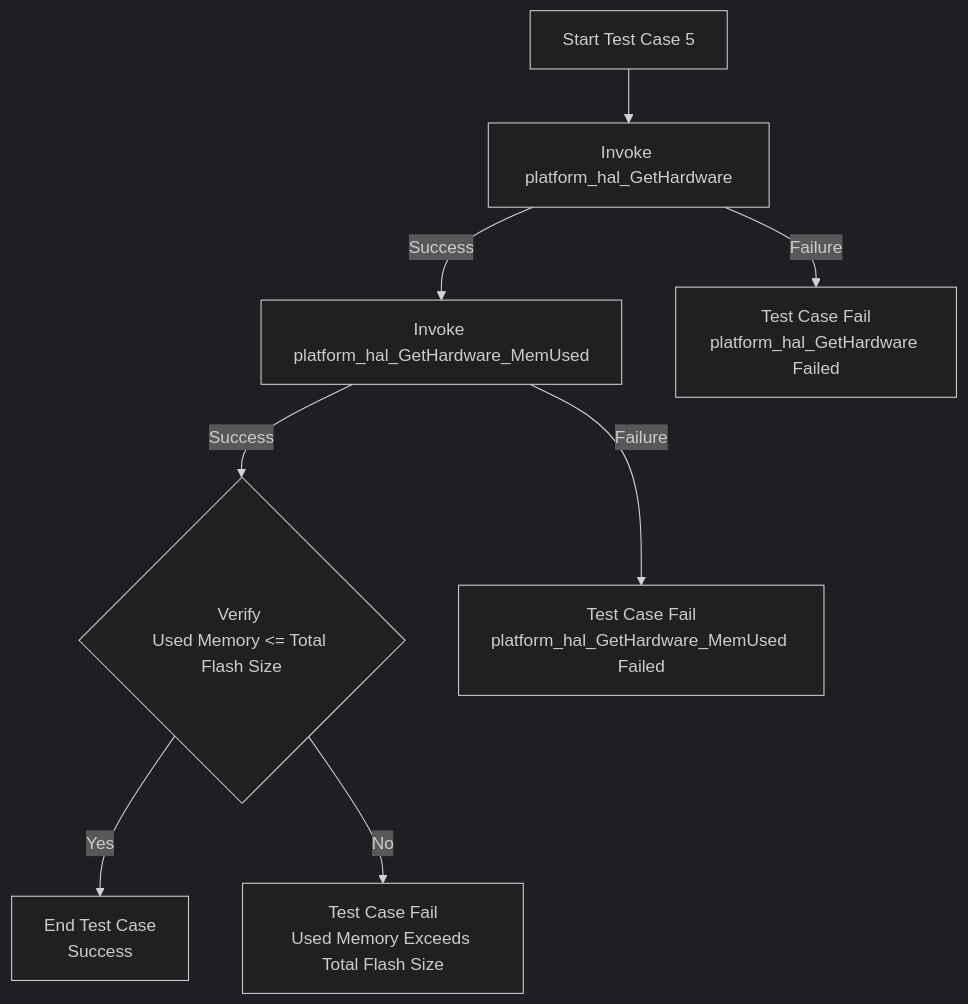
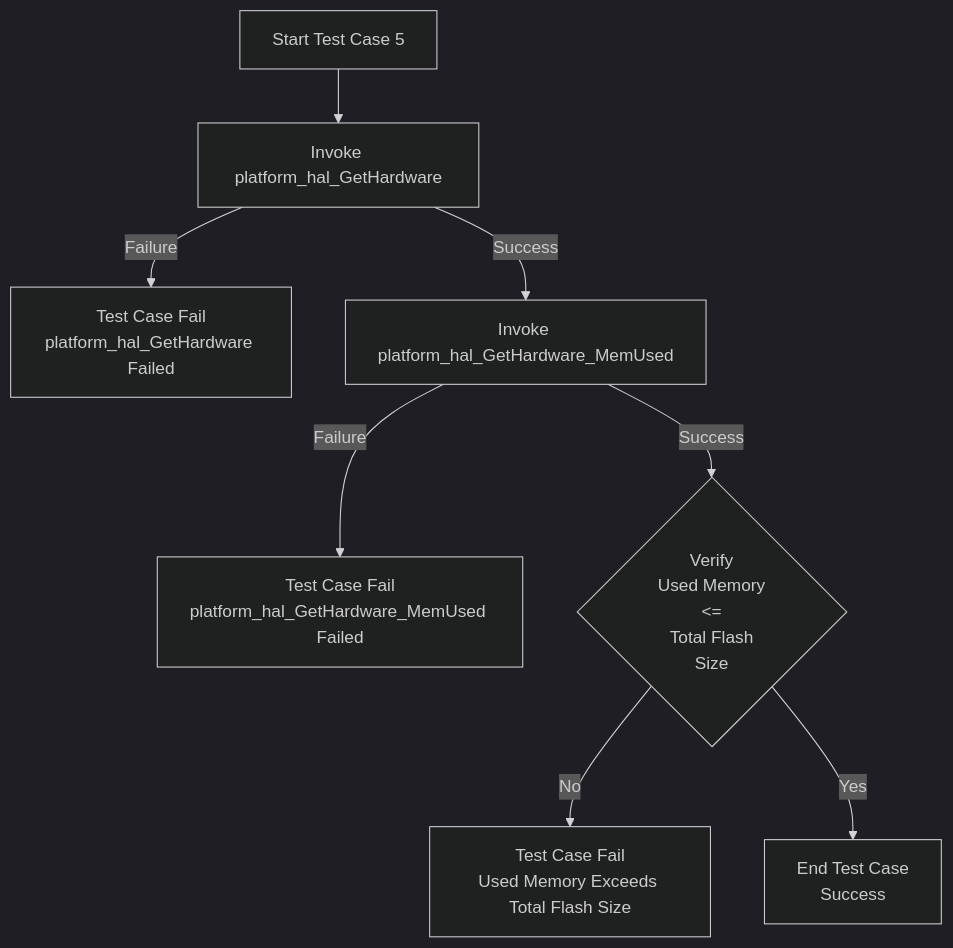
Before and after one commit to rdkcentral/rdkb-halif-test-platform: the fifth of 14 diagrams in docs/pages/platform_hal_mermaid.md, drawn with Mermaid (dark theme). The commit also changed other lines of this file, not shown here.

Commit message:
Develop platform hal L2 test suite Modified the mermaid file for L2 testcases

````diff
--- a/docs/pages/platform_hal_mermaid.md
+++ b/docs/pages/platform_hal_mermaid.md
@@ -67,10 +67,10 @@
 ```mermaid
 flowchart TD
     A[Start Test Case 5] --> B[Invoke platform_hal_GetHardware]
+    B -->|Failure| X[Test Case Fail<br>platform_hal_GetHardware Failed]
     B -->|Success| C[Invoke platform_hal_GetHardware_MemUsed]
-    B -->|Failure| X[Test Case Fail<br>platform_hal_GetHardware Failed]
-    C -->|Success| D{Verify <br>Used Memory <= Total Flash Size}
-    C -->|Failure| Y[Test Case Fail<br>platform_hal_GetHardware_MemUsed Failed]
+    C -->|Failure| Y[Test Case Fail<br>platform_hal_GetHardware_MemUsed Failed]	
+    C -->|Success| D{Verify <br>Used Memory <br> <= <br> Total Flash <br> Size}
+    D -->|No| F[Test Case Fail<br>Used Memory Exceeds Total Flash Size]
     D -->|Yes| E[End Test Case<br>Success]
-    D -->|No| F[Test Case Fail<br>Used Memory Exceeds Total Flash Size]
 ```
````
